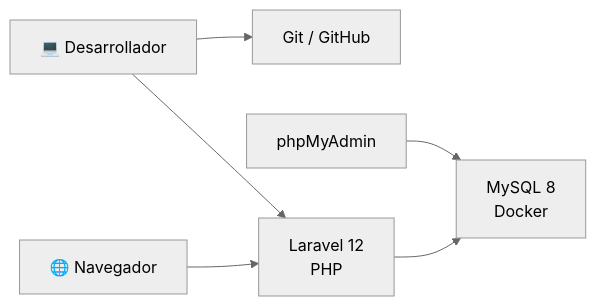
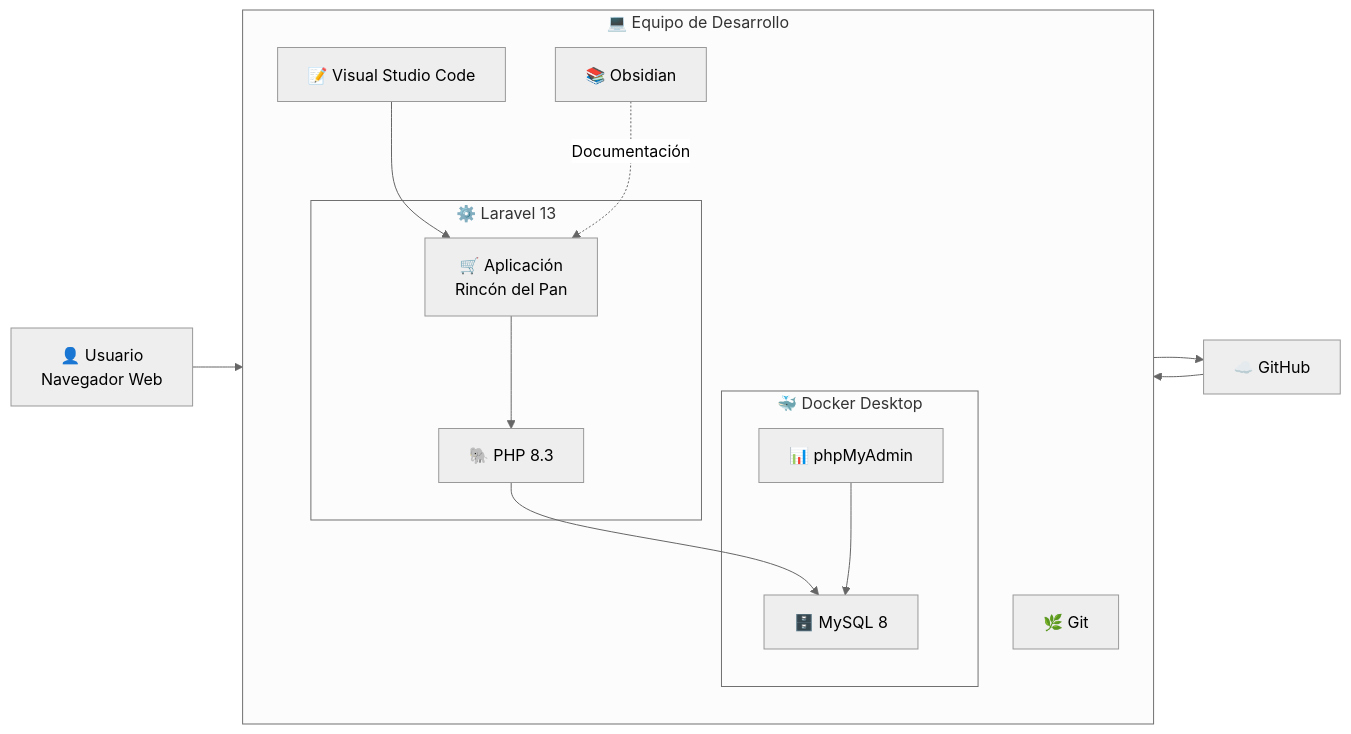
One commit to facusoster/FinalProdWebLaravel changed the diagram in docs/diagramas/03_Deployment.md. Above: the diagram before and after it, drawn with Mermaid (neutral theme). The commit also changed other lines of this file and 25 other files, not shown here.

Commit message:
Actualizo documentación completa: diagramas, requisitos, arquitectura, UML y setup

````diff
--- a/docs/diagramas/03_Deployment.md
+++ b/docs/diagramas/03_Deployment.md
@@ -17,27 +25,38 @@
 ```mermaid
 flowchart LR
 
-Developer["💻 Desarrollador"]
+    U["👤 Usuario<br/>Navegador Web"]
 
-Browser["🌐 Navegador"]
+    subgraph PC["💻 Equipo de Desarrollo"]
+        direction TB
 
-Laravel["Laravel 12
-PHP"]
+        VSC["📝 Visual Studio Code"]
+        GIT["🌿 Git"]
+        OBS["📚 Obsidian"]
 
-MySQL["MySQL 8
-Docker"]
+        subgraph Laravel["⚙️ Laravel 13"]
+            PHP["🐘 PHP 8.3"]
+            APP["🛒 Aplicación<br/>Rincón del Pan"]
+        end
 
-PhpMyAdmin["phpMyAdmin"]
+        subgraph Docker["🐳 Docker Desktop"]
+            MYSQL["🗄️ MySQL 8"]
+            PMA["📊 phpMyAdmin"]
+        end
+    end
 
-Git["Git / GitHub"]
+    GH["☁️ GitHub"]
 
-Developer --> Git
+    U --> APP
+    APP --> PHP
+    PHP --> MYSQL
 
-Developer --> Laravel
+    PMA --> MYSQL
 
-Browser --> Laravel
+    VSC --> APP
 
-Laravel --> MySQL
+    GIT --> GH
+    GH --> GIT
 
-PhpMyAdmin --> MySQL
+    OBS -. Documentación .-> APP
 ```
````
